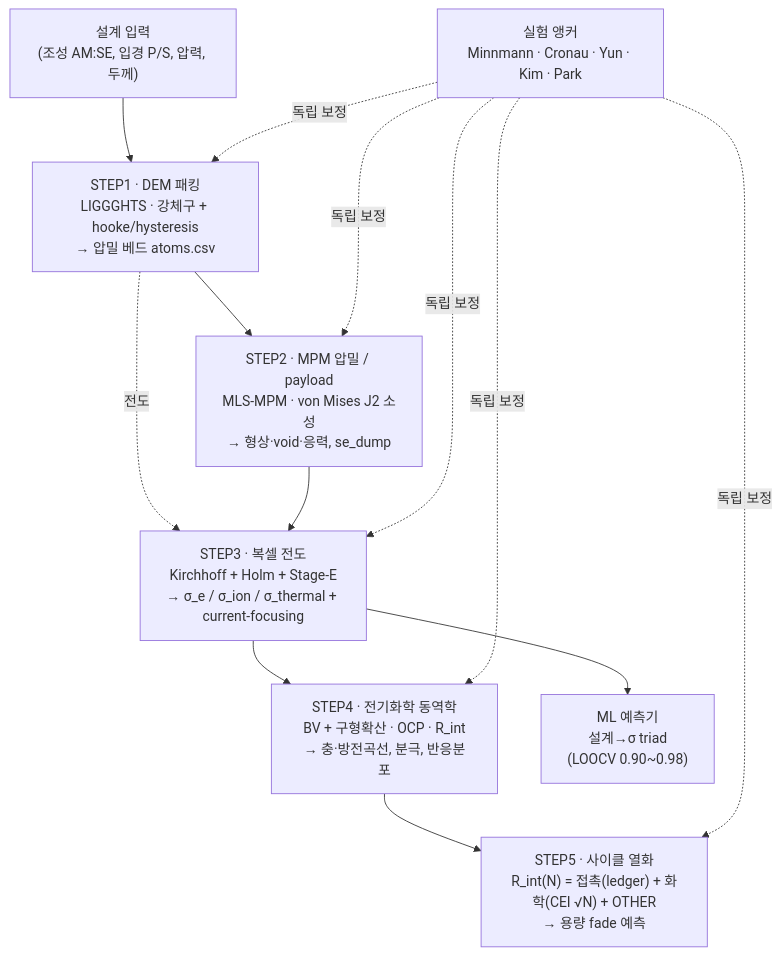
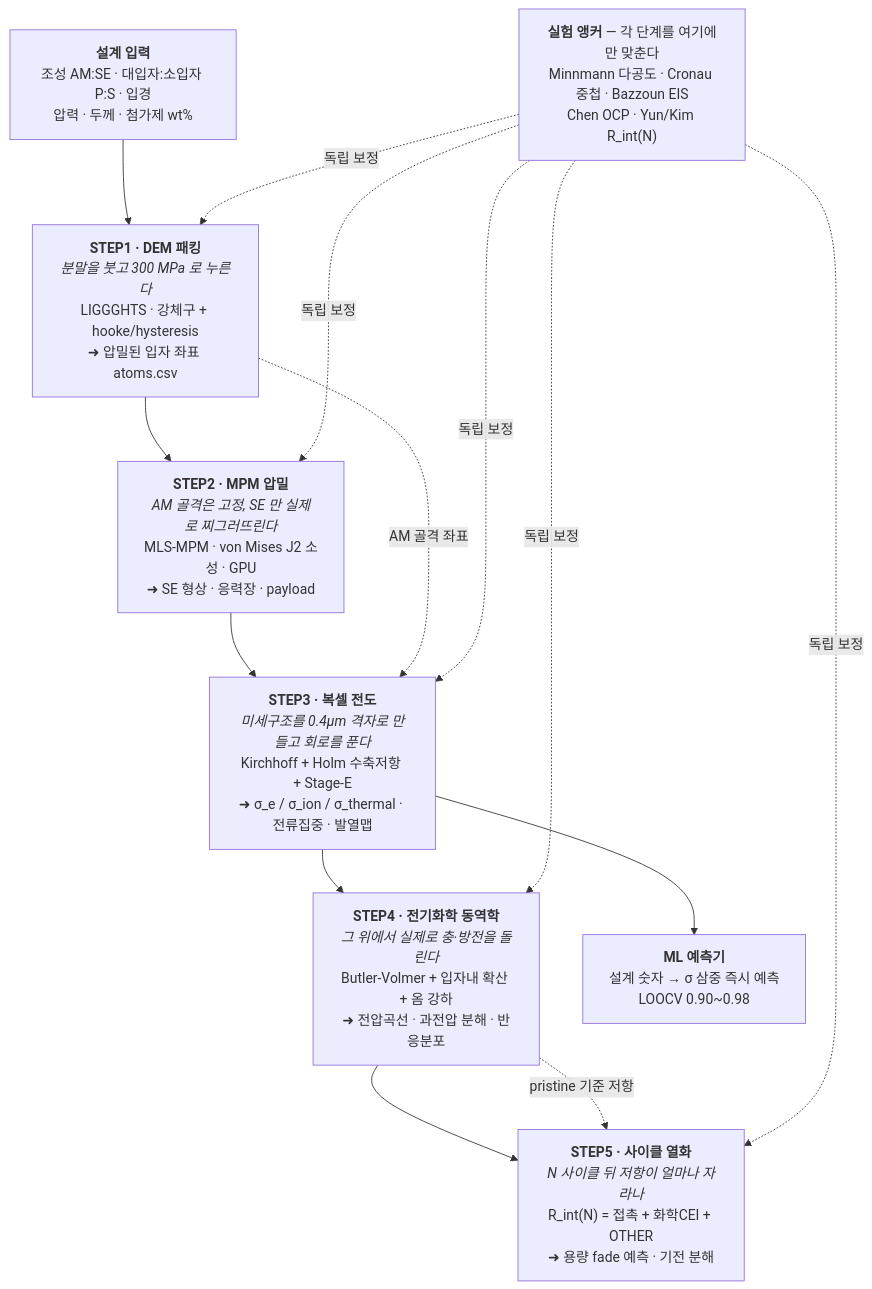
Before and after one commit to yonghoon7153-source/Yonghoon-DEM-DFT: the second of 12 diagrams in docs/pipeline_step1_to_step5_guide.md, drawn with Mermaid. The commit also changed other lines of this file, not shown here.

First line of the commit message:
docs: rewrite the STEP1-STEP5 guide as the final grad-student edition

````diff
--- a/docs/pipeline_step1_to_step5_guide.md
+++ b/docs/pipeline_step1_to_step5_guide.md
@@ -58,12 +68,22 @@
 ```mermaid
 flowchart TD
-    A["설계 입력<br/>(조성 AM:SE, 입경 P/S, 압력, 두께)"] --> S1
-    S1["STEP1 · DEM 패킹<br/>LIGGGHTS · 강체구 + hooke/hysteresis<br/>→ 압밀 베드 atoms.csv"] --> S2
-    S1 -.전도.-> S3
-    S2["STEP2 · MPM 압밀 / payload<br/>MLS-MPM · von Mises J2 소성<br/>→ 형상·void·응력, se_dump"] --> S3
-    S3["STEP3 · 복셀 전도<br/>Kirchhoff + Holm + Stage-E<br/>→ σ_e / σ_ion / σ_thermal + current-focusing"] --> S4
-    S3 --> ML["ML 예측기<br/>설계→σ triad<br/>(LOOCV 0.90~0.98)"]
-    S4["STEP4 · 전기화학 동역학<br/>BV + 구형확산 · OCP · R_int<br/>→ 충·방전곡선, 분극, 반응분포"] --> S5
-    S5["STEP5 · 사이클 열화<br/>R_int(N) = 접촉(ledger) + 화학(CEI √N) + OTHER<br/>→ 용량 fade 예측"]
-    EXP["실험 앵커<br/>Minnmann · Cronau · Yun · Kim · Park"] -.독립 보정.-> S1 & S2 & S3 & S4 & S5
+    A["<b>설계 입력</b><br/>조성 AM:SE · 대입자:소입자 P:S · 입경<br/>압력 · 두께 · 첨가제 wt%"] --> S1
+
+    S1["<b>STEP1 · DEM 패킹</b><br/><i>분말을 붓고 300 MPa 로 누른다</i><br/>LIGGGHTS · 강체구 + hooke/hysteresis<br/>➜ 압밀된 입자 좌표 atoms.csv"]
+    S2["<b>STEP2 · MPM 압밀</b><br/><i>AM 골격은 고정, SE 만 실제로 찌그러뜨린다</i><br/>MLS-MPM · von Mises J2 소성 · GPU<br/>➜ SE 형상 · 응력장 · payload"]
+    S3["<b>STEP3 · 복셀 전도</b><br/><i>미세구조를 0.4µm 격자로 만들고 회로를 푼다</i><br/>Kirchhoff + Holm 수축저항 + Stage-E<br/>➜ σ_e / σ_ion / σ_thermal · 전류집중 · 발열맵"]
+    S4["<b>STEP4 · 전기화학 동역학</b><br/><i>그 위에서 실제로 충·방전을 돌린다</i><br/>Butler-Volmer + 입자내 확산 + 옴 강하<br/>➜ 전압곡선 · 과전압 분해 · 반응분포"]
+    S5["<b>STEP5 · 사이클 열화</b><br/><i>N 사이클 뒤 저항이 얼마나 자라나</i><br/>R_int(N) = 접촉 + 화학CEI + OTHER<br/>➜ 용량 fade 예측 · 기전 분해"]
+
+    S1 --> S2 --> S3 --> S4 --> S5
+    S1 -. "AM 골격 좌표" .-> S3
+    S3 --> ML["<b>ML 예측기</b><br/>설계 숫자 → σ 삼중 즉시 예측<br/>LOOCV 0.90~0.98"]
+    S4 -. "pristine 기준 저항" .-> S5
+
+    EXP["<b>실험 앵커</b> — 각 단계를 여기에만 맞춘다<br/>Minnmann 다공도 · Cronau 중첩 · Bazzoun EIS<br/>Chen OCP · Yun/Kim R_int(N)"]
+    EXP -.->|독립 보정| S1
+    EXP -.->|독립 보정| S2
+    EXP -.->|독립 보정| S3
+    EXP -.->|독립 보정| S4
+    EXP -.->|독립 보정| S5
 ```
````
